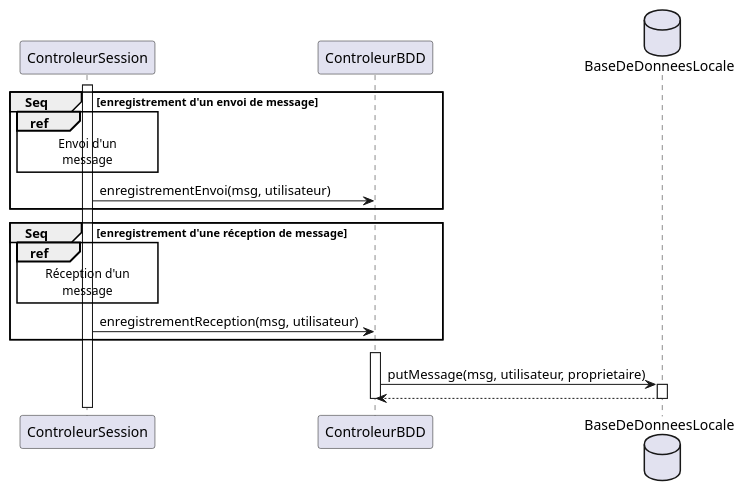
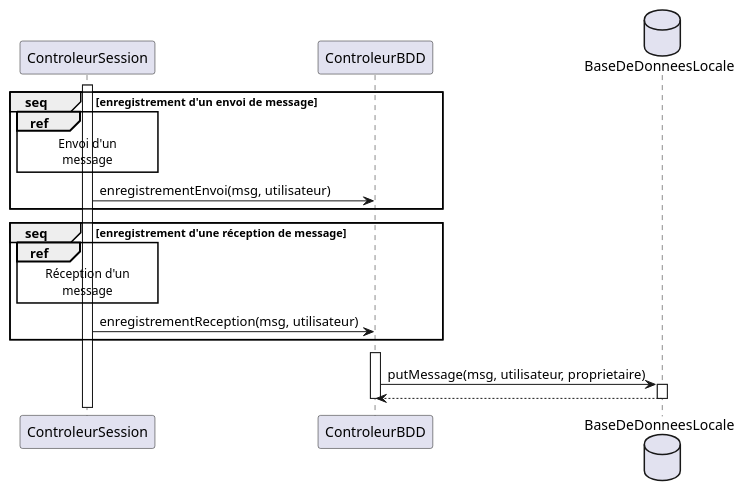
One commit to arc-hugo/clavardage_uml changed the diagram in sequence/enregistrement_historique.wsd. Above: the diagram before and after it, drawn with PlantUML. The commit also changed 9 other files, not shown here.

```diff
--- a/sequence/enregistrement_historique.wsd
+++ b/sequence/enregistrement_historique.wsd
@@ -1,25 +1,25 @@
 @startuml enregistrement_historique 
 activate ControleurSession
-group Seq [enregistrement d'un envoi de message]
+group seq [enregistrement d'un envoi de message]
     ref over ControleurSession
         Envoi d'un
         message
     end ref
     ControleurSession -> ControleurBDD : enregistrementEnvoi(msg, utilisateur)
 end
-group Seq [enregistrement d'une réception de message]
+group seq [enregistrement d'une réception de message]
     ref over ControleurSession
         Réception d'un
         message
     end ref
     ControleurSession -> ControleurBDD : enregistrementReception(msg, utilisateur)
 end
 ControleurBDD [hidden]-> ControleurSession
 activate ControleurBDD
 database BaseDeDonneesLocale
 ControleurBDD -> BaseDeDonneesLocale : putMessage(msg, utilisateur, proprietaire)
 activate BaseDeDonneesLocale
 BaseDeDonneesLocale --> ControleurBDD
 deactivate BaseDeDonneesLocale
 deactivate ControleurBDD
 @enduml
```
